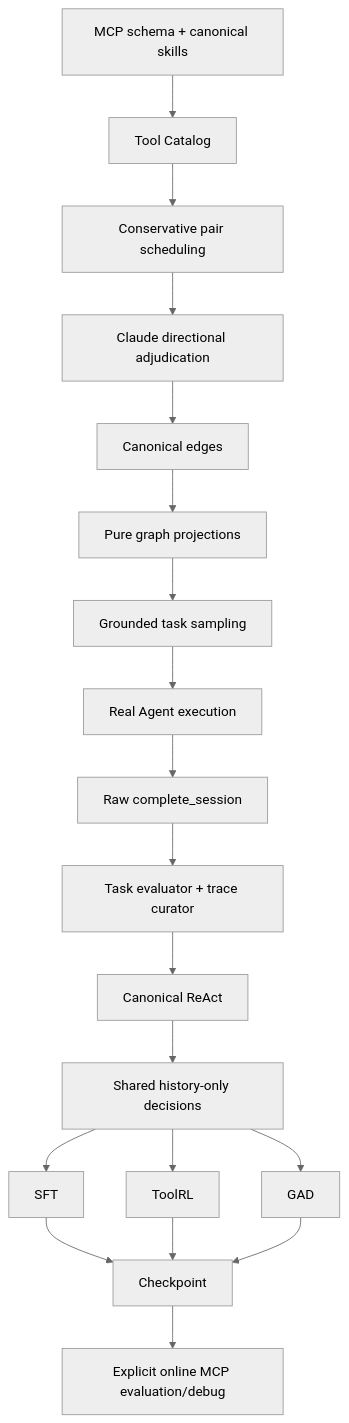
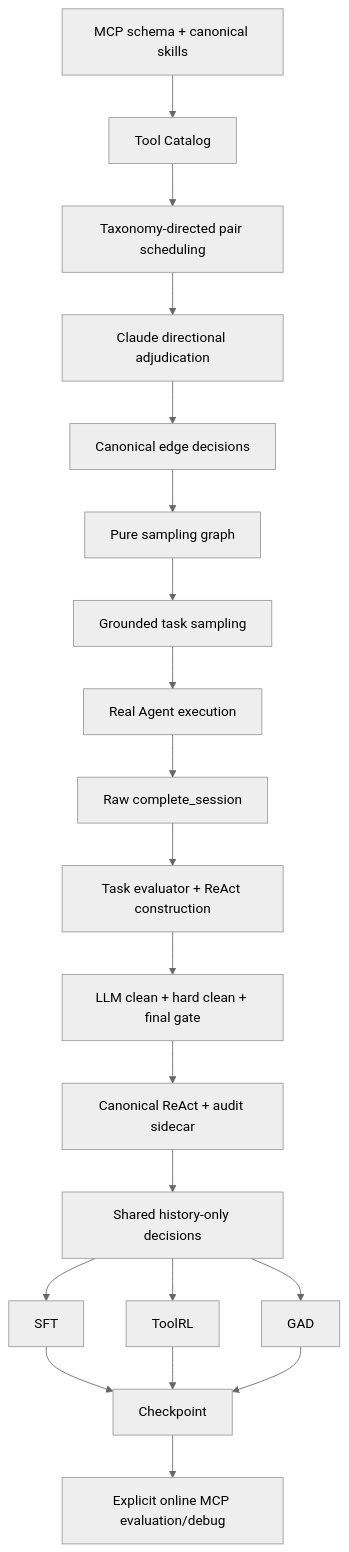
The diagram in docs/MAINLINE.md (mu9enn/drug-pipe), drawn with Mermaid (neutral theme) before and after one commit. The commit also changed other lines of this file and 5 other files, not shown here.

````diff
--- a/docs/MAINLINE.md
+++ b/docs/MAINLINE.md
@@ -25,21 +26,22 @@
 ```mermaid
 flowchart TD
     A[MCP schema + canonical skills] --> B[Tool Catalog]
-    B --> C[Conservative pair scheduling]
+    B --> C[Taxonomy-directed pair scheduling]
     C --> D[Claude directional adjudication]
-    D --> E[Canonical edges]
-    E --> F[Pure graph projections]
+    D --> E[Canonical edge decisions]
+    E --> F[Pure sampling graph]
     F --> G[Grounded task sampling]
     G --> H[Real Agent execution]
     H --> I[Raw complete_session]
-    I --> J[Task evaluator + trace curator]
-    J --> K[Canonical ReAct]
-    K --> L[Shared history-only decisions]
+    I --> J[Task evaluator + ReAct construction]
+    J --> K[LLM clean + hard clean + final gate]
+    K --> R[Canonical ReAct + audit sidecar]
+    R --> L[Shared history-only decisions]
     L --> M[SFT]
     L --> N[ToolRL]
     L --> O[GAD]
     M --> P[Checkpoint]
     N --> P
     O --> P
     P --> Q[Explicit online MCP evaluation/debug]
 ```
````
